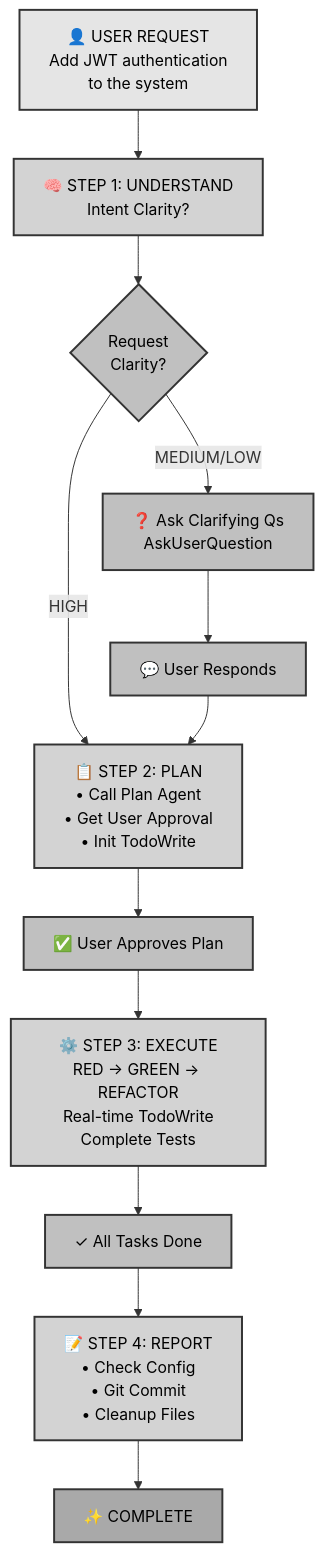
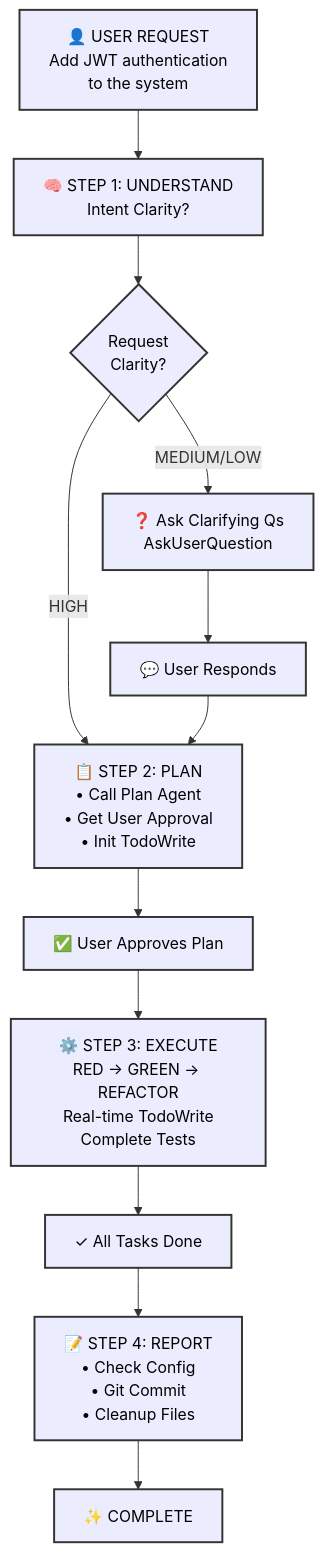
One commit to modu-ai/moai-adk changed the first of 2 diagrams in README.md. Above: the diagram before and after it, drawn with Mermaid. The commit also changed other lines of this file and 1 other file, not shown here.

First line of the commit message:
docs: Convert mermaid diagrams to grayscale monochrome styling

````diff
--- a/README.md
+++ b/README.md
@@ -344,50 +344,44 @@
 ```mermaid
 flowchart TD
     Start["👤 USER REQUEST<br/>Add JWT authentication<br/>to the system"]
 
     Step1["🧠 STEP 1: UNDERSTAND<br/>Intent Clarity?"]
 
     HighClarity{"Request<br/>Clarity?"}
 
     LowClarity["❓ Ask Clarifying Qs<br/>AskUserQuestion"]
     UserRespond["💬 User Responds"]
 
     Step2["📋 STEP 2: PLAN<br/>• Call Plan Agent<br/>• Get User Approval<br/>• Init TodoWrite"]
 
     UserApprove["✅ User Approves Plan"]
 
     Step3["⚙️ STEP 3: EXECUTE<br/>RED → GREEN → REFACTOR<br/>Real-time TodoWrite<br/>Complete Tests"]
 
     TasksComplete["✓ All Tasks Done"]
 
     Step4["📝 STEP 4: REPORT<br/>• Check Config<br/>• Git Commit<br/>• Cleanup Files"]
 
     Done["✨ COMPLETE"]
 
     Start --> Step1
     Step1 --> HighClarity
 
     HighClarity -->|HIGH| Step2
     HighClarity -->|MEDIUM/LOW| LowClarity
 
     LowClarity --> UserRespond
     UserRespond --> Step2
 
     Step2 --> UserApprove
     UserApprove --> Step3
 
     Step3 --> TasksComplete
     TasksComplete --> Step4
 
     Step4 --> Done
 
-    classDef inputStyle fill:#e5e5e5,stroke:#333,stroke-width:2px,color:#000
-    classDef processStyle fill:#d3d3d3,stroke:#333,stroke-width:2px,color:#000
-    classDef decisionStyle fill:#c0c0c0,stroke:#333,stroke-width:2px,color:#000
-    classDef completeStyle fill:#a9a9a9,stroke:#333,stroke-width:2px,color:#000
+    classDef nodeStyle stroke:#333,stroke-width:2px,color:#000
 
-    class Start inputStyle
-    class Step1,Step2,Step3,Step4 processStyle
-    class HighClarity,LowClarity,UserRespond,UserApprove,TasksComplete decisionStyle
-    class Done completeStyle
+    class Start,Step1,Step2,Step3,Step4,HighClarity,LowClarity,UserRespond,UserApprove,TasksComplete,Done nodeStyle
 ```
````
